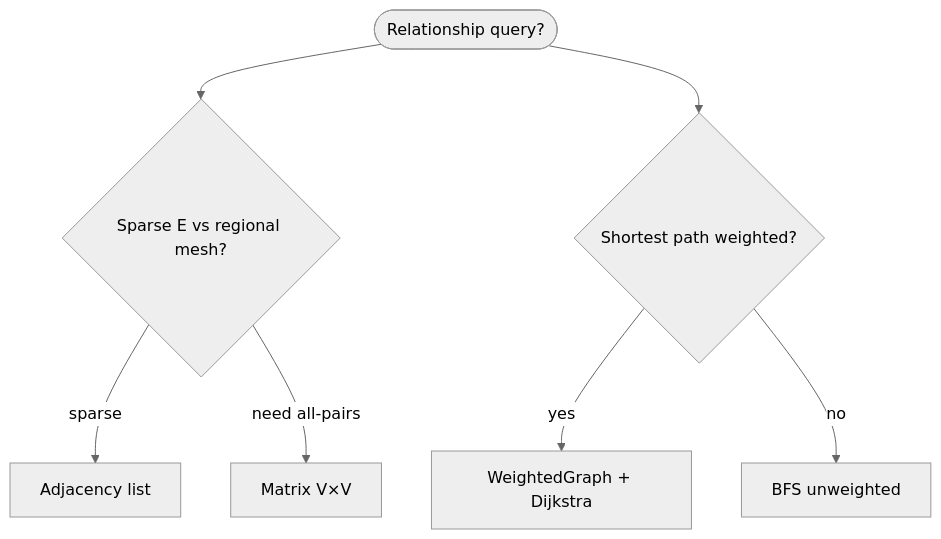
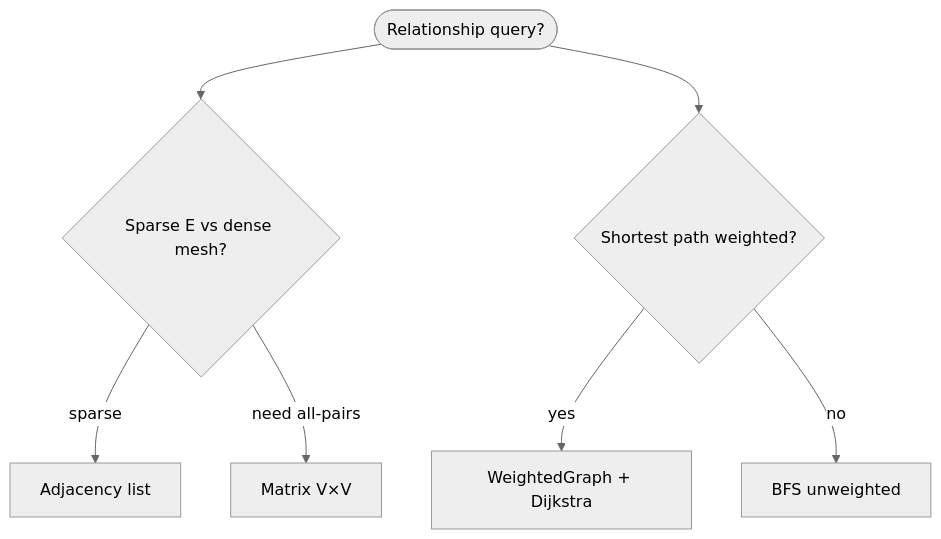
Before and after one commit to qgjones9/python-programming-guide: the sixth of 6 diagrams in docs/dsa/data-structures/graphs/index.md, drawn with Mermaid (neutral theme). The commit also changed other lines of this file and 31 other files, not shown here.

````diff
--- a/docs/dsa/data-structures/graphs/index.md
+++ b/docs/dsa/data-structures/graphs/index.md
@@ -496,10 +496,10 @@
 ```mermaid
 flowchart TD
-  Q([Relationship query?])
-  Q --> S{Sparse E vs regional mesh?}
-  S -->|sparse| AL["Adjacency list"]
-  S -->|need all-pairs| AM["Matrix V×V"]
-  Q --> P{Shortest path weighted?}
-  P -->|yes| D["WeightedGraph + Dijkstra"]
-  P -->|no| B["BFS unweighted"]
+ Q([Relationship query?])
+ Q --> S{Sparse E vs dense mesh?}
+ S -->|sparse| AL["Adjacency list"]
+ S -->|need all-pairs| AM["Matrix V×V"]
+ Q --> P{Shortest path weighted?}
+ P -->|yes| D["WeightedGraph + Dijkstra"]
+ P -->|no| B["BFS unweighted"]
 ```
````
